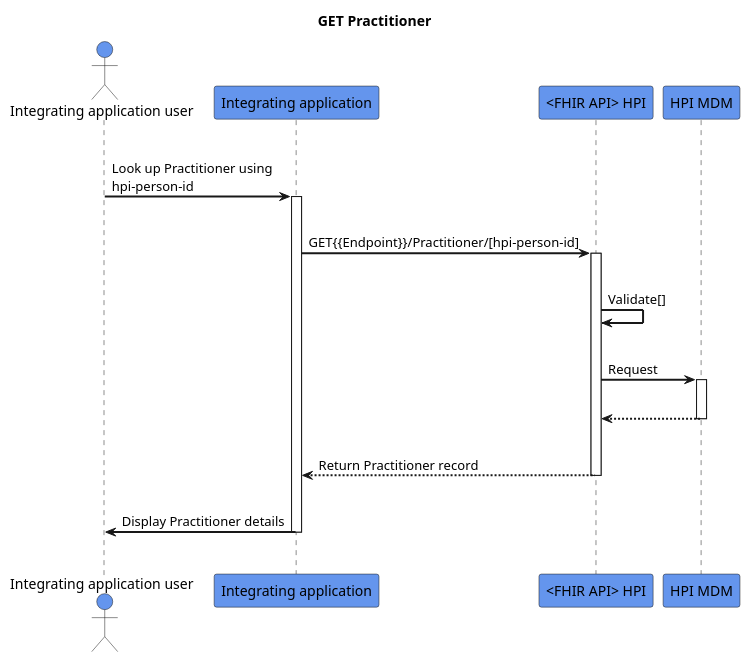
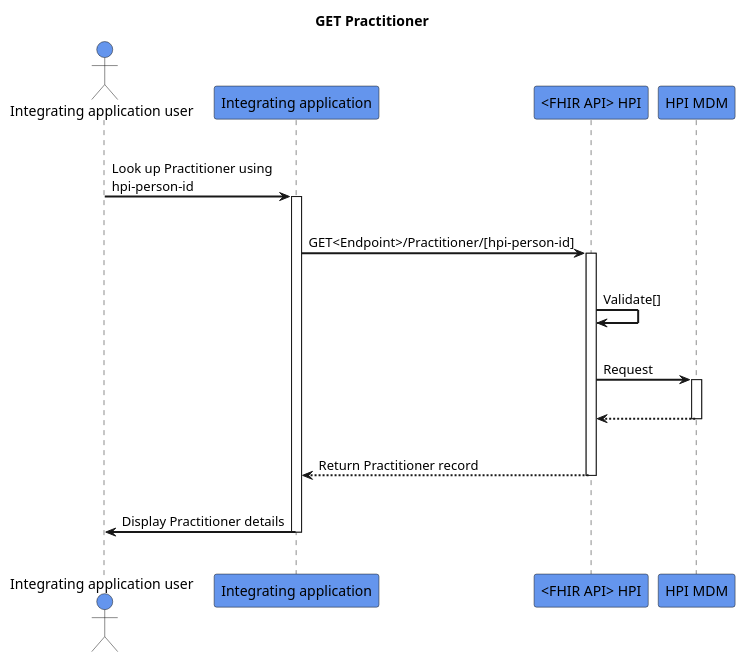
One commit to HL7NZ/hpi changed the diagram in input/images-source/get-practitioner.plantuml. Above: the diagram before and after it, drawn with PlantUML.

```diff
--- a/input/images-source/get-practitioner.plantuml
+++ b/input/images-source/get-practitioner.plantuml
@@ -1,32 +1,32 @@
 @startuml
 skinparam sequenceArrowThickness 2
 skinparam roundcorner 5
 skinparam maxmessagesize 180
 skinparam sequenceParticipant bold
 title GET Practitioner
 actor "Integrating application user" as User #CornflowerBlue
 participant "Integrating application" as A #CornflowerBlue
 participant "<FHIR API> HPI" as B #CornflowerBlue
 participant "HPI MDM" as C #CornflowerBlue
 |||
 User -> A: Look up Practitioner using hpi-person-id
 activate A
 |||
-A -> B: GET{{Endpoint}}/Practitioner/[hpi-person-id]
+A -> B: GET<Endpoint>/Practitioner/[hpi-person-id]
 activate B
 |||
 B -> B: Validate[]
 |||
 B -> C: Request
 activate C
 |||
 C -[dashed]-> B:  
 deactivate C
 |||
 B -[dashed]-> A:Return Practitioner record
 deactivate B
 |||
 A -> User: Display Practitioner details
 deactivate A
 |||
 @enduml
```
